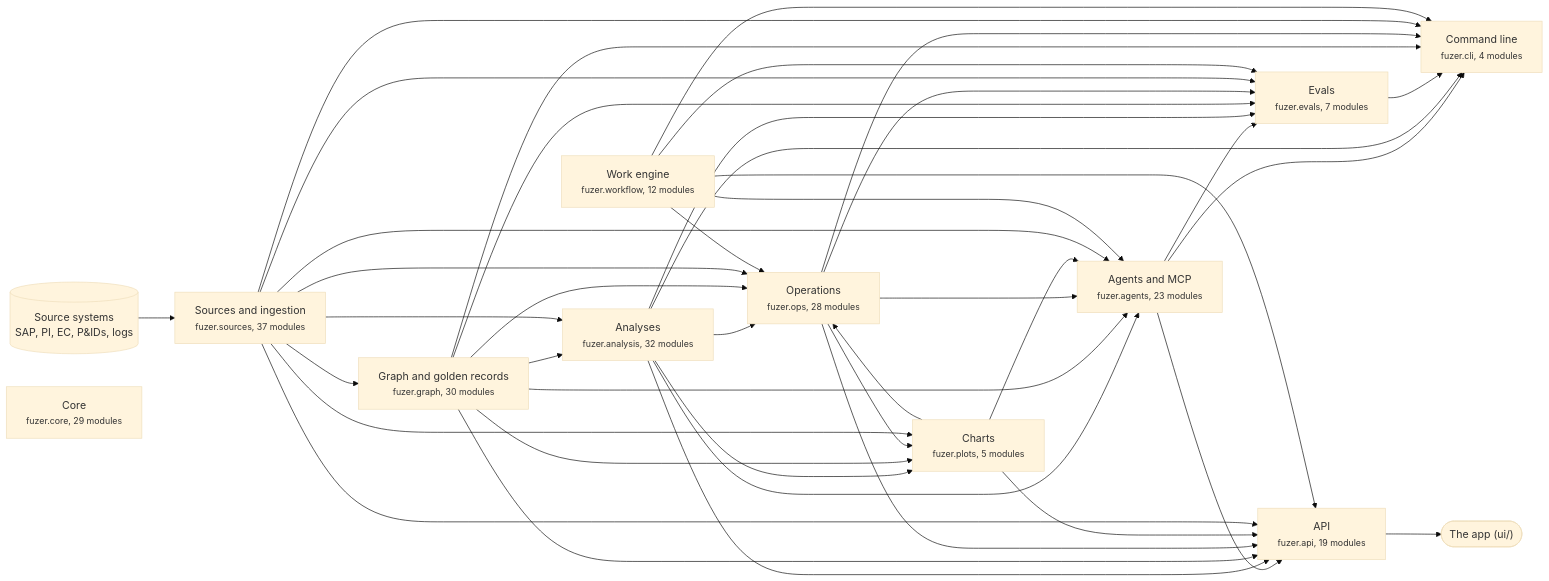
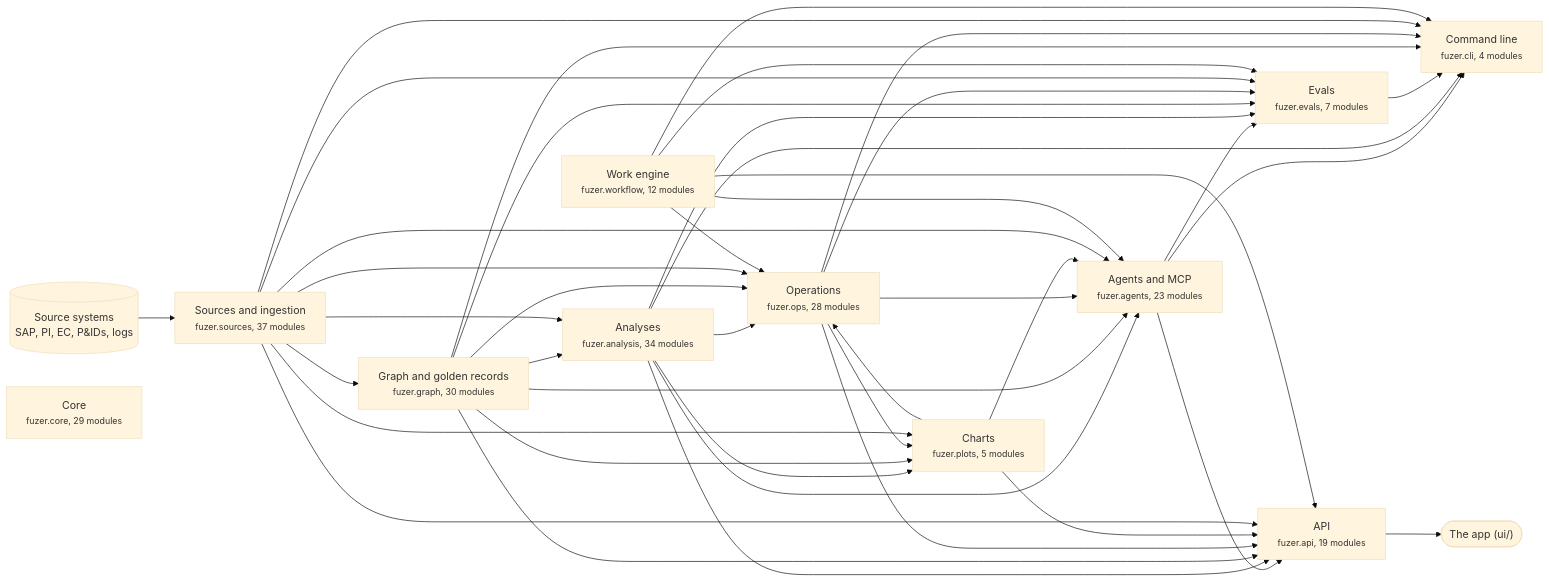
The first of 3 diagrams in docs/architecture.md (areed145/fuzer), drawn with Mermaid (base theme) before and after one commit. The commit also changed other lines of this file and 21 other files, not shown here.

````diff
--- a/docs/architecture.md
+++ b/docs/architecture.md
@@ -8,66 +8,66 @@
 ```mermaid
 flowchart LR
   systems[("Source systems<br>SAP, PI, EC, P&IDs, logs")] --> c_sources
   app(["The app (ui/)"])
   c_api --> app
   c_sources["Sources and ingestion<br><small>fuzer.sources, 37 modules</small>"]
   c_graph["Graph and golden records<br><small>fuzer.graph, 30 modules</small>"]
-  c_analysis["Analyses<br><small>fuzer.analysis, 32 modules</small>"]
+  c_analysis["Analyses<br><small>fuzer.analysis, 34 modules</small>"]
   c_ops["Operations<br><small>fuzer.ops, 28 modules</small>"]
   c_plots["Charts<br><small>fuzer.plots, 5 modules</small>"]
   c_workflow["Work engine<br><small>fuzer.workflow, 12 modules</small>"]
   c_agents["Agents and MCP<br><small>fuzer.agents, 23 modules</small>"]
   c_evals["Evals<br><small>fuzer.evals, 7 modules</small>"]
   c_api["API<br><small>fuzer.api, 19 modules</small>"]
   c_cli["Command line<br><small>fuzer.cli, 4 modules</small>"]
   c_core["Core<br><small>fuzer.core, 29 modules</small>"]
   c_sources --> c_graph
   c_graph --> c_analysis
   c_sources --> c_analysis
   c_analysis --> c_ops
   c_graph --> c_ops
   c_plots --> c_ops
   c_sources --> c_ops
   c_workflow --> c_ops
   c_analysis --> c_plots
   c_graph --> c_plots
   c_ops --> c_plots
   c_sources --> c_plots
   c_analysis --> c_agents
   c_graph --> c_agents
   c_ops --> c_agents
   c_plots --> c_agents
   c_sources --> c_agents
   c_workflow --> c_agents
   c_agents --> c_evals
   c_analysis --> c_evals
   c_graph --> c_evals
   c_ops --> c_evals
   c_sources --> c_evals
   c_workflow --> c_evals
   c_agents --> c_api
   c_analysis --> c_api
   c_graph --> c_api
   c_ops --> c_api
   c_plots --> c_api
   c_sources --> c_api
   c_workflow --> c_api
   c_agents --> c_cli
   c_analysis --> c_cli
   c_evals --> c_cli
   c_graph --> c_cli
   c_ops --> c_cli
   c_sources --> c_cli
   c_workflow --> c_cli
   click c_sources "https://github.com/areed145/fuzer/tree/main/src/fuzer/sources"
   click c_graph "https://github.com/areed145/fuzer/tree/main/src/fuzer/graph"
   click c_analysis "https://github.com/areed145/fuzer/tree/main/src/fuzer/analysis"
   click c_ops "https://github.com/areed145/fuzer/tree/main/src/fuzer/ops"
   click c_plots "https://github.com/areed145/fuzer/tree/main/src/fuzer/plots"
   click c_workflow "https://github.com/areed145/fuzer/tree/main/src/fuzer/workflow"
   click c_agents "https://github.com/areed145/fuzer/tree/main/src/fuzer/agents"
   click c_evals "https://github.com/areed145/fuzer/tree/main/src/fuzer/evals"
   click c_api "https://github.com/areed145/fuzer/tree/main/src/fuzer/api"
   click c_cli "https://github.com/areed145/fuzer/tree/main/src/fuzer/cli"
   click c_core "https://github.com/areed145/fuzer/tree/main/src/fuzer/core"
 ```
````
